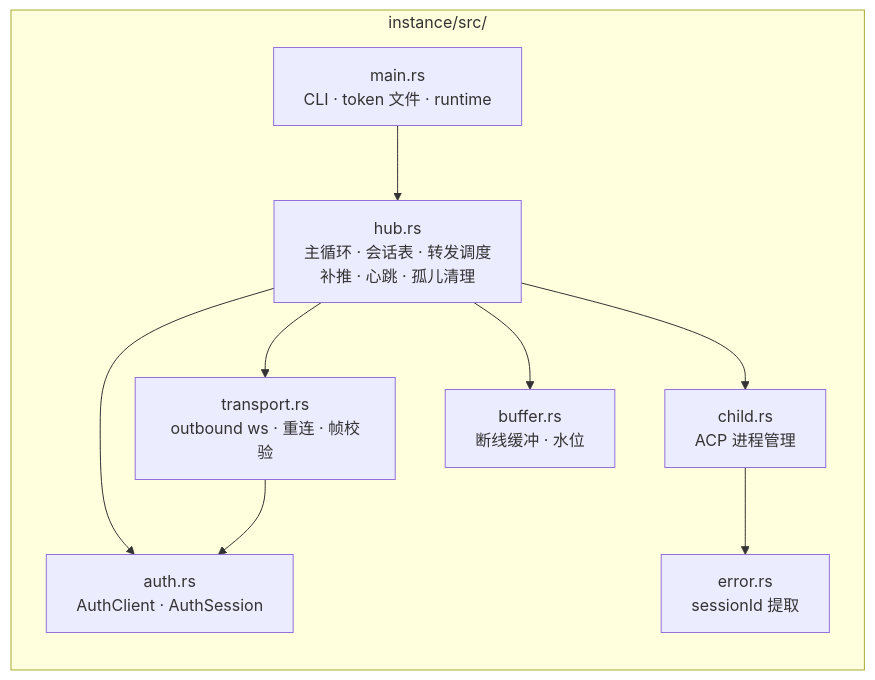
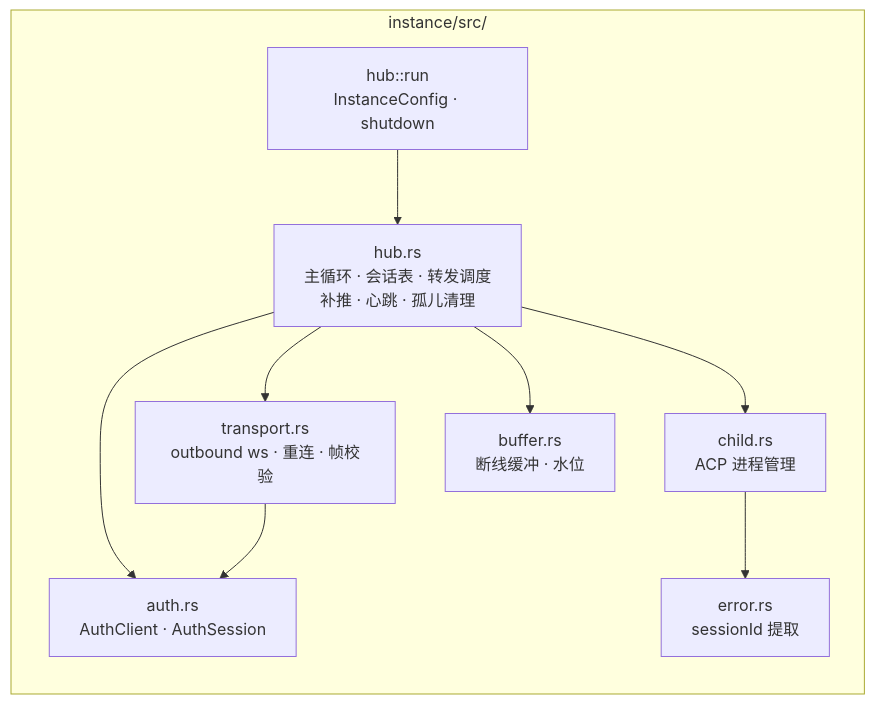
One commit to KonghaYao/peri-studio changed the eighth of 9 diagrams in docs/topology.md. Above: the diagram before and after it, drawn with Mermaid. The commit also changed other lines of this file and 65 other files, not shown here.

````diff
--- a/docs/topology.md
+++ b/docs/topology.md
@@ -308,20 +315,20 @@
 ```mermaid
 flowchart LR
     subgraph INST["instance/src/"]
-        IMAIN["main.rs<br/>CLI · token 文件 · runtime"]
+        IRUN["hub::run<br/>InstanceConfig · shutdown"]
         IHUB["hub.rs<br/>主循环 · 会话表 · 转发调度<br/>补推 · 心跳 · 孤儿清理"]
         ITR["transport.rs<br/>outbound ws · 重连 · 帧校验"]
         IAU["auth.rs<br/>AuthClient · AuthSession"]
         ICH["child.rs<br/>ACP 进程管理"]
         IBU["buffer.rs<br/>断线缓冲 · 水位"]
         IERR["error.rs<br/>sessionId 提取"]
     end
 
-    IMAIN --> IHUB
+    IRUN --> IHUB
     IHUB --> ITR
     IHUB --> IAU
     IHUB --> ICH
     IHUB --> IBU
     ITR --> IAU
     ICH --> IERR
 ```
````
